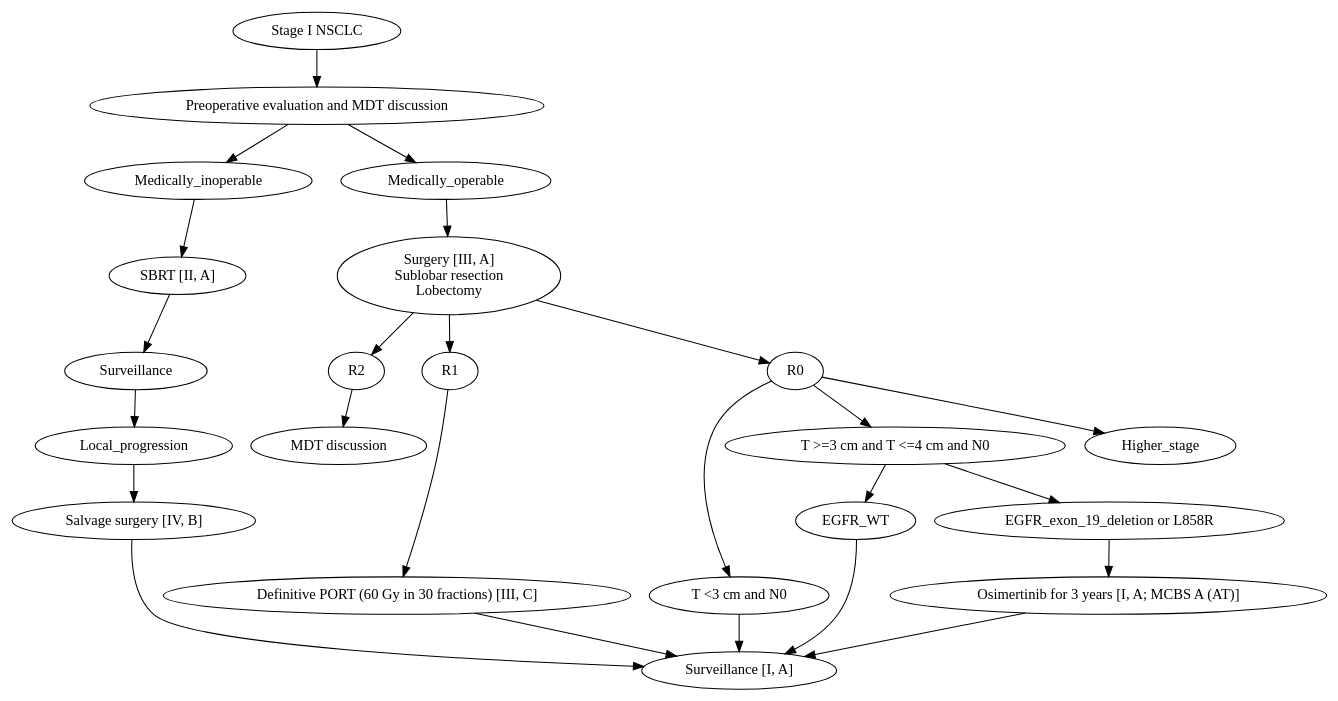
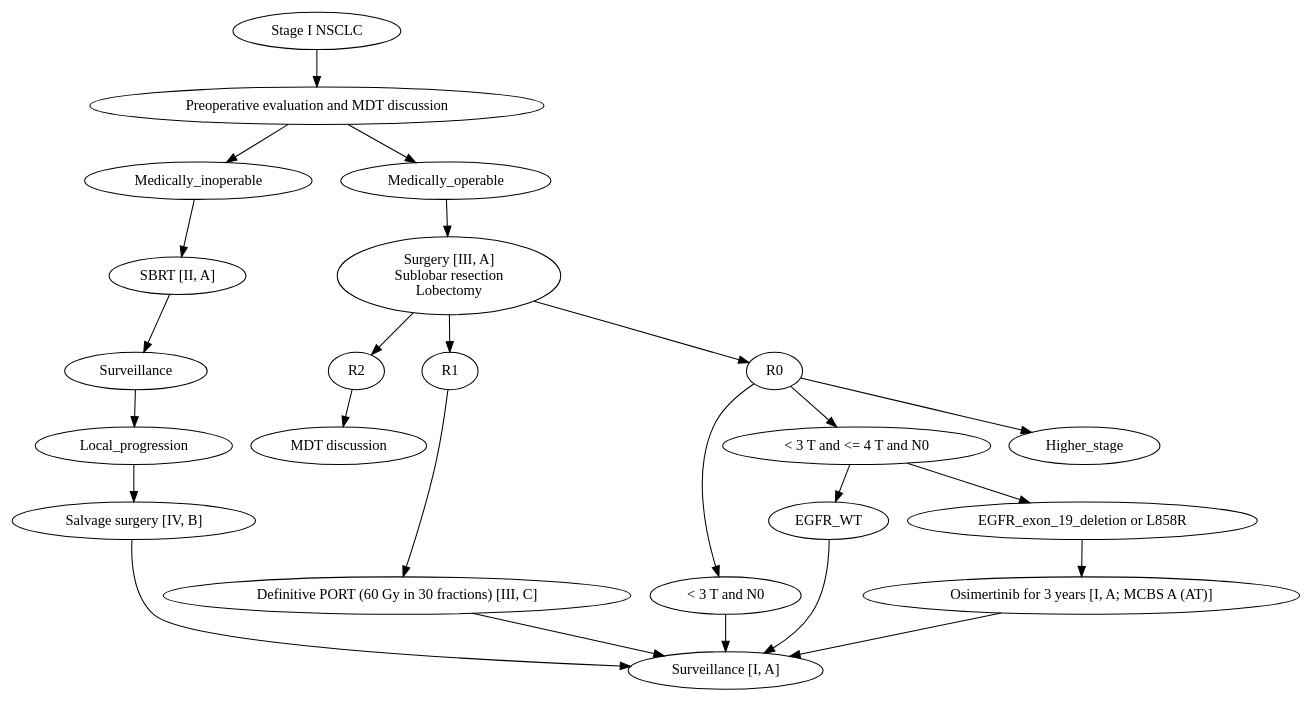
The diagram in elansclc/dot/locoregional_staging.dot (djhshih/dgraph-esmo), drawn with Graphviz before and after one commit. The commit also changed 4 other files, not shown here.

```diff
--- a/elansclc/dot/locoregional_staging.dot
+++ b/elansclc/dot/locoregional_staging.dot
@@ -1,76 +1,78 @@
 digraph G {
     // Structural Root
     a [label="Stage I NSCLC"];
 
     // Preoperative Step
     b [label="Preoperative evaluation and MDT discussion"];
     a -> b;
 
     // Medically Inoperable Path
     c [label="Medically_inoperable"];
     d [label="SBRT [II, A]"];
     e [label="Surveillance"];
     f [label="Local_progression"];
     g [label="Salvage surgery [IV, B]"];
     
     b -> c;
     c -> d;
     d -> e;
     e -> f;
     f -> g;
 
     // Shared Surveillance Node [I, A]
     h [label="Surveillance [I, A]"];
     g -> h;
 
     // Medically Operable Path
     i [label="Medically_operable"];
     j [label="Surgery [III, A]\nSublobar resection\nLobectomy"];
     b -> i;
     i -> j;
 
     // Resection Margin Sibling Criteria
     k [label="R2"];
     l [label="R1"];
     m [label="R0"];
     
     j -> k;
     j -> l;
     j -> m;
 
     // R2 Treatment
     n [label="MDT discussion"];
     k -> n;
 
     // R1 Treatment
     o [label="Definitive PORT (60 Gy in 30 fractions) [III, C]"];
     l -> o;
     o -> h;
 
     // R0 Criteria Paths
-    p [label="T <3 cm and N0"];
-    q [label="T >=3 cm and T <=4 cm and N0"];
+    //p [label="T <3 cm and N0"];
+    p [label="< 3 T and N0"];
+    //q [label="T >=3 cm and T <=4 cm and N0"];
+    q [label="< 3 T and <= 4 T and N0"];
     r [label="Higher_stage"];
     
     m -> p;
     m -> q;
     m -> r;
 
     // T <3 cm leads directly to Surveillance
     p -> h;
 
     // T 3-4 cm Biomarker Mutation Criteria
     s [label="EGFR_WT"];
     t [label="EGFR_exon_19_deletion or L858R"];
     
     q -> s;
     q -> t;
 
     // EGFR WT leads to Surveillance
     s -> h;
 
     // EGFR Mutation Treatment
     u [label="Osimertinib for 3 years [I, A; MCBS A (AT)]"];
     t -> u;
     u -> h;
 }
```
